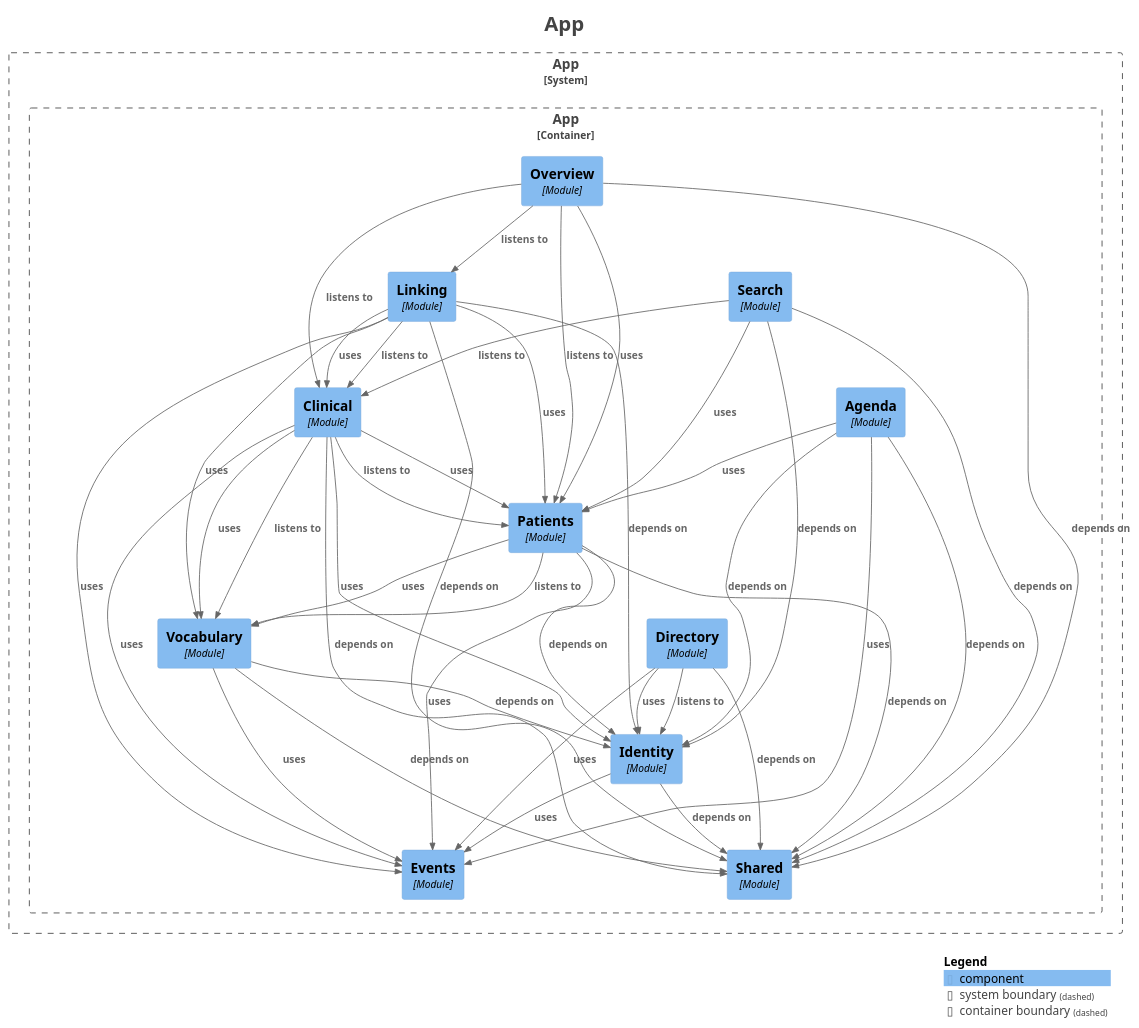
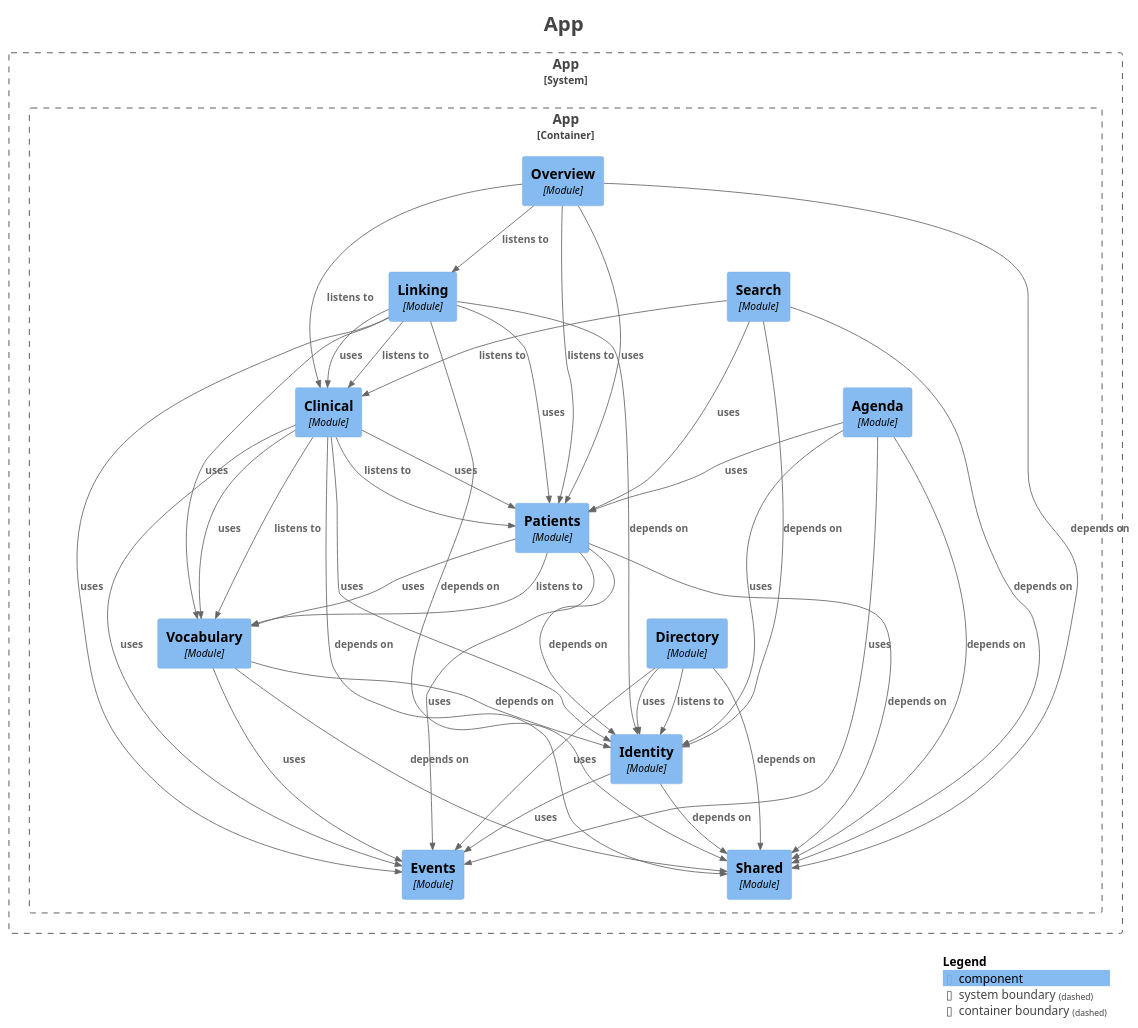
One commit to mrscams/psymate-api changed the diagram in docs/generated/components.puml. Above: the diagram before and after it, drawn with PlantUML. The commit also changed 16 other files, not shown here.

```diff
--- a/docs/generated/components.puml
+++ b/docs/generated/components.puml
@@ -1,79 +1,79 @@
 @startuml
 title <size:24>App</size>
 
 set separator none
 top to bottom direction
 
 <style>
   root {
     BackgroundColor: #ffffff
     FontColor: #444444
   }
 </style>
 
 !include <C4/C4>
 !include <C4/C4_Context>
 !include <C4/C4_Component>
 
 System_Boundary("App_boundary", "App", $tags="") {
   Container_Boundary("App.App_boundary", "App", $tags="") {
     Component(App.App.Agenda, "Agenda", $techn="Module", $descr="", $tags="", $link="")
     Component(App.App.Clinical, "Clinical", $techn="Module", $descr="", $tags="", $link="")
     Component(App.App.Directory, "Directory", $techn="Module", $descr="", $tags="", $link="")
     Component(App.App.Events, "Events", $techn="Module", $descr="", $tags="", $link="")
     Component(App.App.Identity, "Identity", $techn="Module", $descr="", $tags="", $link="")
     Component(App.App.Linking, "Linking", $techn="Module", $descr="", $tags="", $link="")
     Component(App.App.Overview, "Overview", $techn="Module", $descr="", $tags="", $link="")
     Component(App.App.Patients, "Patients", $techn="Module", $descr="", $tags="", $link="")
     Component(App.App.Search, "Search", $techn="Module", $descr="", $tags="", $link="")
     Component(App.App.Shared, "Shared", $techn="Module", $descr="", $tags="", $link="")
     Component(App.App.Vocabulary, "Vocabulary", $techn="Module", $descr="", $tags="", $link="")
   }
 
 }
 
 Rel(App.App.Agenda, App.App.Events, "uses", $techn="", $tags="", $link="")
-Rel(App.App.Agenda, App.App.Identity, "depends on", $techn="", $tags="", $link="")
+Rel(App.App.Agenda, App.App.Identity, "uses", $techn="", $tags="", $link="")
 Rel(App.App.Agenda, App.App.Patients, "uses", $techn="", $tags="", $link="")
 Rel(App.App.Agenda, App.App.Shared, "depends on", $techn="", $tags="", $link="")
 Rel(App.App.Clinical, App.App.Events, "uses", $techn="", $tags="", $link="")
 Rel(App.App.Clinical, App.App.Identity, "uses", $techn="", $tags="", $link="")
 Rel(App.App.Clinical, App.App.Patients, "listens to", $techn="", $tags="", $link="")
 Rel(App.App.Clinical, App.App.Patients, "uses", $techn="", $tags="", $link="")
 Rel(App.App.Clinical, App.App.Shared, "depends on", $techn="", $tags="", $link="")
 Rel(App.App.Clinical, App.App.Vocabulary, "listens to", $techn="", $tags="", $link="")
 Rel(App.App.Clinical, App.App.Vocabulary, "uses", $techn="", $tags="", $link="")
 Rel(App.App.Directory, App.App.Events, "uses", $techn="", $tags="", $link="")
 Rel(App.App.Directory, App.App.Identity, "listens to", $techn="", $tags="", $link="")
 Rel(App.App.Directory, App.App.Identity, "uses", $techn="", $tags="", $link="")
 Rel(App.App.Directory, App.App.Shared, "depends on", $techn="", $tags="", $link="")
 Rel(App.App.Identity, App.App.Events, "uses", $techn="", $tags="", $link="")
 Rel(App.App.Identity, App.App.Shared, "depends on", $techn="", $tags="", $link="")
 Rel(App.App.Linking, App.App.Clinical, "listens to", $techn="", $tags="", $link="")
 Rel(App.App.Linking, App.App.Clinical, "uses", $techn="", $tags="", $link="")
 Rel(App.App.Linking, App.App.Events, "uses", $techn="", $tags="", $link="")
 Rel(App.App.Linking, App.App.Identity, "depends on", $techn="", $tags="", $link="")
 Rel(App.App.Linking, App.App.Patients, "uses", $techn="", $tags="", $link="")
 Rel(App.App.Linking, App.App.Shared, "depends on", $techn="", $tags="", $link="")
 Rel(App.App.Linking, App.App.Vocabulary, "uses", $techn="", $tags="", $link="")
 Rel(App.App.Overview, App.App.Clinical, "listens to", $techn="", $tags="", $link="")
 Rel(App.App.Overview, App.App.Linking, "listens to", $techn="", $tags="", $link="")
 Rel(App.App.Overview, App.App.Patients, "listens to", $techn="", $tags="", $link="")
 Rel(App.App.Overview, App.App.Patients, "uses", $techn="", $tags="", $link="")
 Rel(App.App.Overview, App.App.Shared, "depends on", $techn="", $tags="", $link="")
 Rel(App.App.Patients, App.App.Events, "uses", $techn="", $tags="", $link="")
 Rel(App.App.Patients, App.App.Identity, "depends on", $techn="", $tags="", $link="")
 Rel(App.App.Patients, App.App.Shared, "depends on", $techn="", $tags="", $link="")
 Rel(App.App.Patients, App.App.Vocabulary, "listens to", $techn="", $tags="", $link="")
 Rel(App.App.Patients, App.App.Vocabulary, "uses", $techn="", $tags="", $link="")
 Rel(App.App.Search, App.App.Clinical, "listens to", $techn="", $tags="", $link="")
 Rel(App.App.Search, App.App.Identity, "depends on", $techn="", $tags="", $link="")
 Rel(App.App.Search, App.App.Patients, "uses", $techn="", $tags="", $link="")
 Rel(App.App.Search, App.App.Shared, "depends on", $techn="", $tags="", $link="")
 Rel(App.App.Vocabulary, App.App.Events, "uses", $techn="", $tags="", $link="")
 Rel(App.App.Vocabulary, App.App.Identity, "depends on", $techn="", $tags="", $link="")
 Rel(App.App.Vocabulary, App.App.Shared, "depends on", $techn="", $tags="", $link="")
 
 SHOW_LEGEND(true)
 hide stereotypes
 @enduml
```
